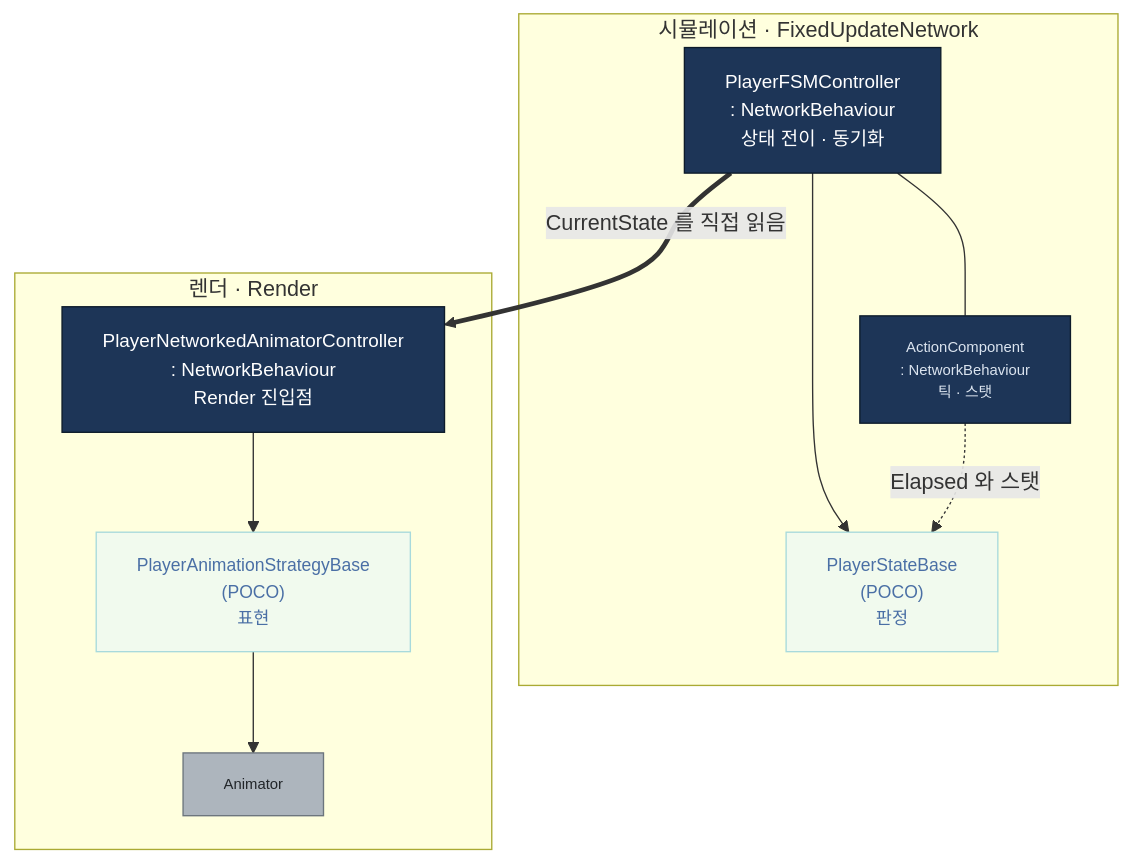
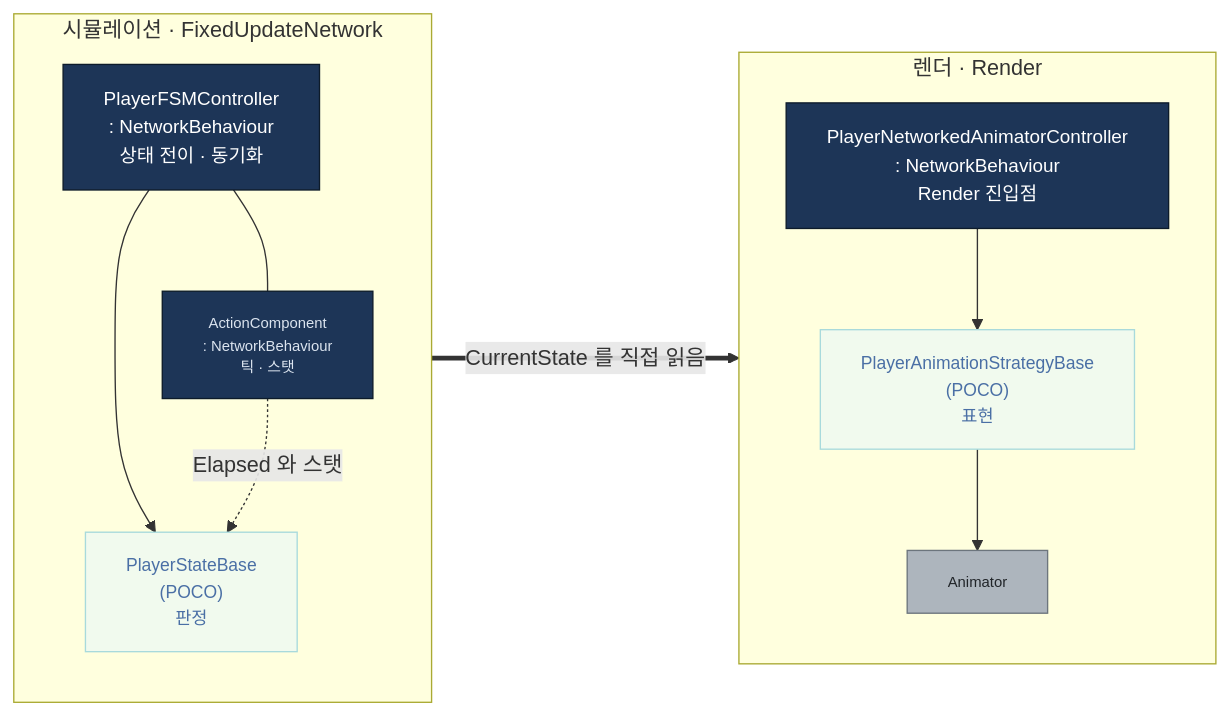
The first of 2 diagrams in README.md (rlaskarb0321/PortpolioS), drawn with Mermaid before and after one commit.

Commit message:
[develop] edit readme

````diff
--- a/README.md
+++ b/README.md
@@ -243,30 +243,32 @@
 ```mermaid
-flowchart TD
+flowchart LR
     subgraph SIM["시뮬레이션 · FixedUpdateNetwork"]
+        direction TB
         FSM["PlayerFSMController<br/>: NetworkBehaviour<br/>상태 전이 · 동기화"]
         AC["ActionComponent<br/>: NetworkBehaviour<br/>틱 · 스탯"]
         ST["PlayerStateBase<br/>(POCO)<br/>판정"]
         FSM --- AC
         FSM --> ST
         AC -.->|Elapsed 와 스탯| ST
     end
 
     subgraph REN["렌더 · Render"]
+        direction TB
         ANI["PlayerNetworkedAnimatorController<br/>: NetworkBehaviour<br/>Render 진입점"]
         SG["PlayerAnimationStrategyBase<br/>(POCO)<br/>표현"]
         UA["Animator"]
         ANI --> SG
         SG --> UA
     end
 
     FSM ==>|CurrentState 를 직접 읽음| ANI
 
     classDef nb fill:#1d3557,color:#ffffff,stroke:#0d1b2a,font-size:14px
     classDef nbSub fill:#1d3557,color:#dbe4ef,stroke:#0d1b2a,font-size:11px
     classDef poco fill:#f1faee,color:#4a6fa5,stroke:#a8dadc,font-size:13px
     classDef engine fill:#adb5bd,color:#212529,stroke:#6c757d,font-size:11px
     class FSM,ANI nb
     class AC nbSub
     class ST,SG poco
     class UA engine
 ```
````
